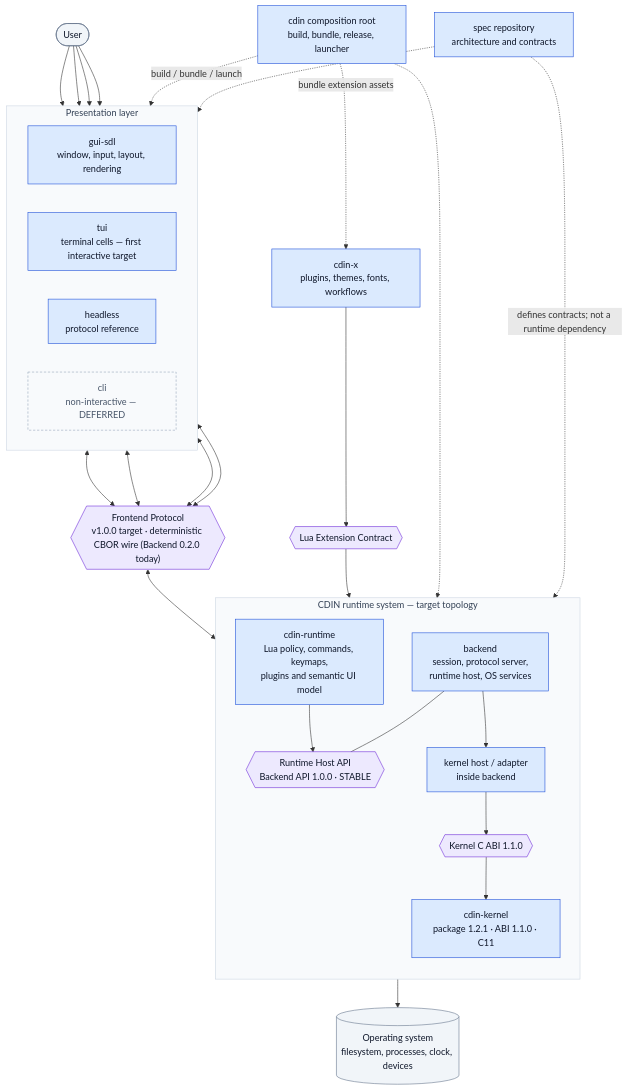
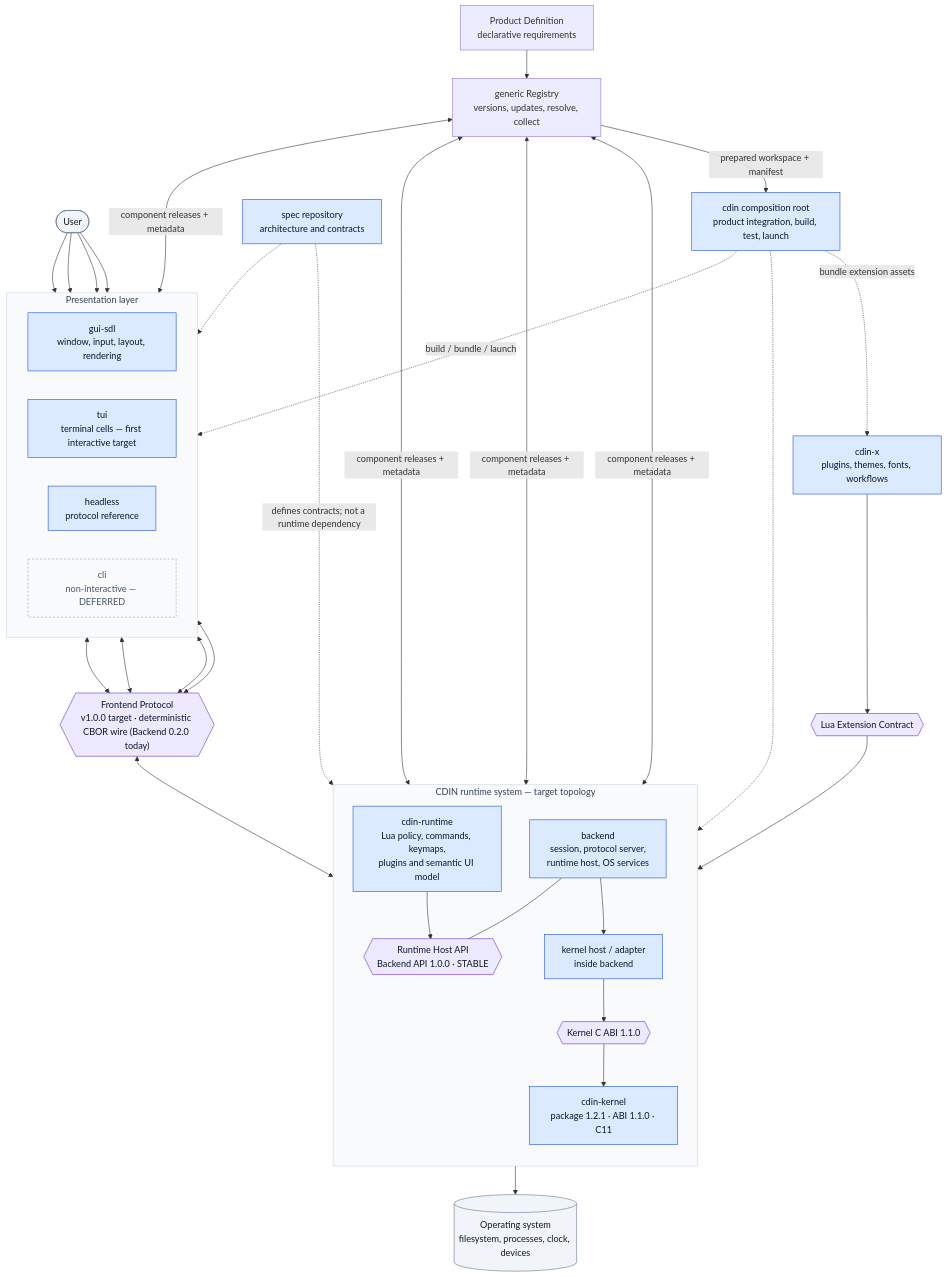
The diagram in README.md (cdin-editor/spec), drawn with Mermaid before and after one commit.

Commit message:
docs(spec): align delivery diagrams and changelog

````diff
--- a/README.md
+++ b/README.md
@@ -15,61 +15,69 @@
 ```mermaid
 flowchart TB
     USER(["User"])
 
     subgraph PRESENTATION["Presentation layer"]
         direction LR
         GUI["gui-sdl<br/>window, input, layout, rendering"]
         TUI["tui<br/>terminal cells — first interactive target"]
         HEADLESS["headless<br/>protocol reference"]
         CLI["cli<br/>non-interactive — DEFERRED"]
     end
     FP{{"Frontend Protocol<br/>v1.0.0 target · deterministic CBOR wire (Backend 0.2.0 today)"}}
 
     subgraph PRODUCT["CDIN runtime system — target topology"]
         direction TB
         BE["backend<br/>session, protocol server,<br/>runtime host, OS services"]
         RHA{{"Runtime Host API<br/>Backend API 1.0.0 · STABLE"}}
         RT["cdin-runtime<br/>Lua policy, commands, keymaps,<br/>plugins and semantic UI model"]
         KHOST["kernel host / adapter<br/>inside backend"]
         KABI{{"Kernel C ABI 1.1.0"}}
         K["cdin-kernel<br/>package 1.2.1 · ABI 1.1.0 · C11"]
         BE --- RHA
         RT --> RHA
         BE --> KHOST --> KABI --> K
     end
 
     EXTAPI{{"Lua Extension Contract"}}
     X["cdin-x<br/>plugins, themes, fonts, workflows"]
     OS[("Operating system<br/>filesystem, processes, clock, devices")]
-    ROOT["cdin composition root<br/>build, bundle, release, launcher"]
+    ROOT["cdin composition root<br/>product integration, build, test, launch"]
+    PD["Product Definition<br/>declarative requirements"]
+    REG["generic Registry<br/>versions, updates, resolve, collect"]
     SPEC["spec repository<br/>architecture and contracts"]
 
     USER --> GUI
     USER --> TUI
     USER --> HEADLESS
 USER --> CLI
     GUI <--> FP
     TUI <--> FP
     HEADLESS <--> FP
 CLI <--> FP
     FP <--> BE
     X --> EXTAPI --> RT
     BE --> OS
+    PD --> REG
+    REG -->|"prepared workspace + manifest"| ROOT
+    REG <-->|"component releases + metadata"| K
+    REG <-->|"component releases + metadata"| RT
+    REG <-->|"component releases + metadata"| BE
+    REG <-->|"component releases + metadata"| GUI
     ROOT -. "build / bundle / launch" .-> PRESENTATION
     ROOT -.-> PRODUCT
     ROOT -. "bundle extension assets" .-> X
     SPEC -. "defines contracts; not a runtime dependency" .-> PRODUCT
     SPEC -.-> PRESENTATION
 
     classDef comp fill:#dbeafe,stroke:#1d4ed8,color:#0f172a
     classDef contract fill:#ede9fe,stroke:#6d28d9,color:#0f172a
     classDef external fill:#f1f5f9,stroke:#64748b,color:#0f172a
     classDef group fill:#f8fafc,stroke:#cbd5e1,color:#334155
     classDef deferred fill:#f8fafc,stroke:#94a3b8,color:#475569,stroke-dasharray:4 3
     class TUI component
     class CLI deferred
     class GUI,TUI,HEADLESS,BE,K,KHOST,RT,ROOT,SPEC,X comp
     class FP,RHA,KABI,EXTAPI contract
     class OS,USER external
     class PRESENTATION,PRODUCT group
 ```
````
